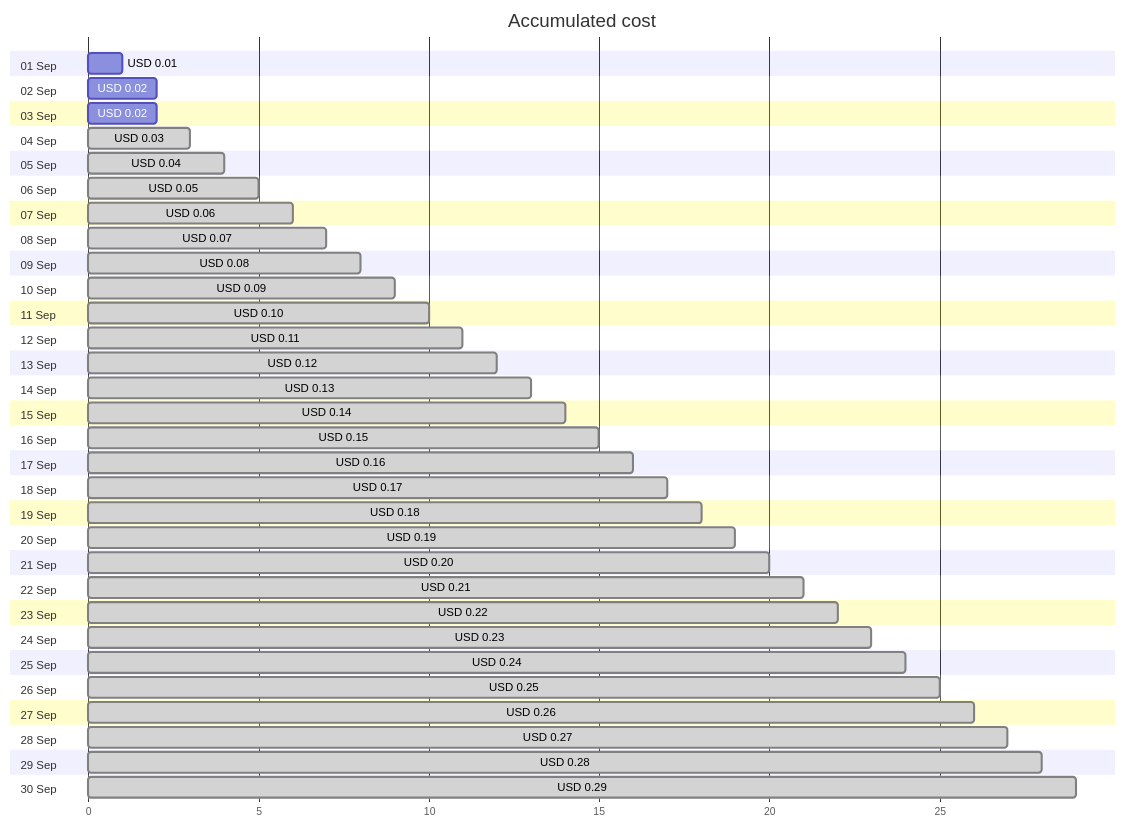
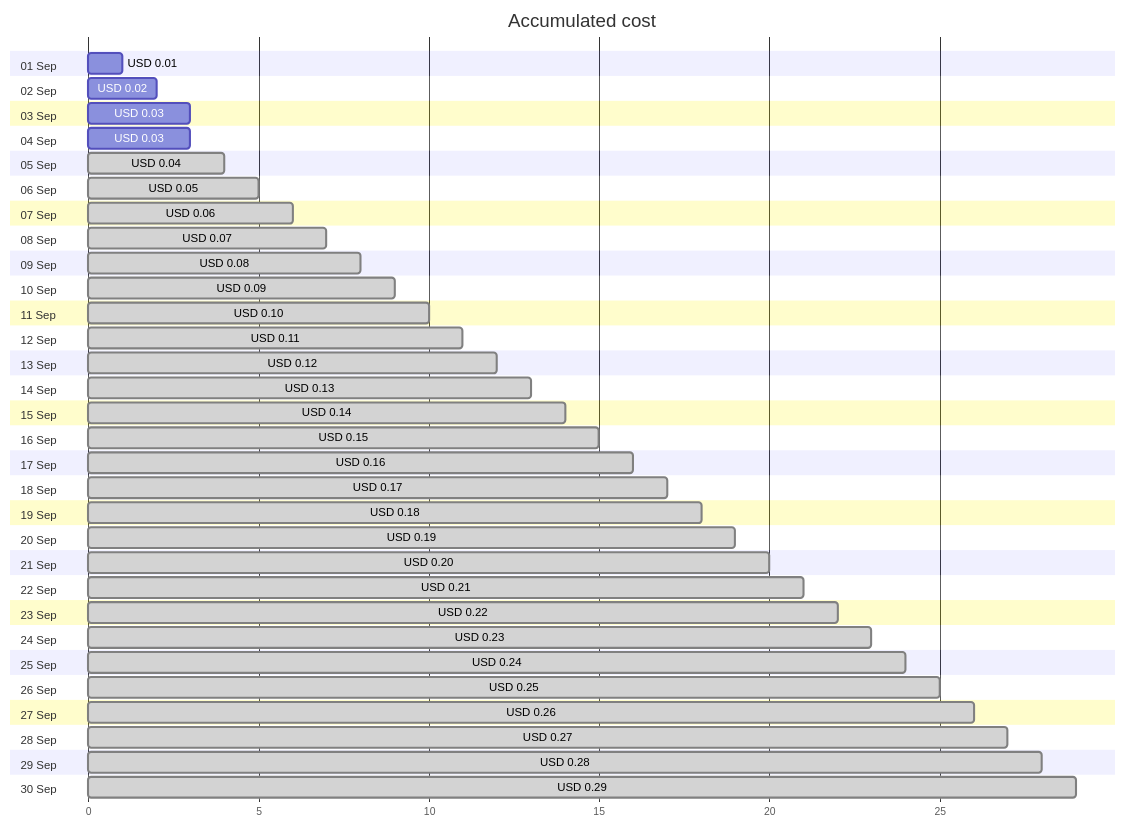
Before and after one commit to jpfulton/azure-personal-reports: the first of 4 diagrams in cost-reports/cloud-shell-storage-eastus/README.md, drawn with Mermaid. The commit also changed other lines of this file and 1 other file, not shown here.

````diff
--- a/cost-reports/cloud-shell-storage-eastus/README.md
+++ b/cost-reports/cloud-shell-storage-eastus/README.md
@@ -20,66 +20,66 @@
 ```mermaid
 gantt
    title Accumulated cost
    dateFormat  X
    axisFormat %s
    section 01 Sep
    USD 0.01 :0, 1
    section 02 Sep
    USD 0.02 :0, 2
    section 03 Sep
-   USD 0.02 :0, 2
+   USD 0.03 :0, 3
    section 04 Sep
-   USD 0.03 : done, 0, 3
+   USD 0.03 :0, 3
    section 05 Sep
    USD 0.04 : done, 0, 4
    section 06 Sep
    USD 0.05 : done, 0, 5
    section 07 Sep
    USD 0.06 : done, 0, 6
    section 08 Sep
    USD 0.07 : done, 0, 7
    section 09 Sep
    USD 0.08 : done, 0, 8
    section 10 Sep
    USD 0.09 : done, 0, 9
    section 11 Sep
    USD 0.10 : done, 0, 10
    section 12 Sep
    USD 0.11 : done, 0, 11
    section 13 Sep
    USD 0.12 : done, 0, 12
    section 14 Sep
    USD 0.13 : done, 0, 13
    section 15 Sep
    USD 0.14 : done, 0, 14
    section 16 Sep
    USD 0.15 : done, 0, 15
    section 17 Sep
    USD 0.16 : done, 0, 16
    section 18 Sep
    USD 0.17 : done, 0, 17
    section 19 Sep
    USD 0.18 : done, 0, 18
    section 20 Sep
    USD 0.19 : done, 0, 19
    section 21 Sep
    USD 0.20 : done, 0, 20
    section 22 Sep
    USD 0.21 : done, 0, 21
    section 23 Sep
    USD 0.22 : done, 0, 22
    section 24 Sep
    USD 0.23 : done, 0, 23
    section 25 Sep
    USD 0.24 : done, 0, 24
    section 26 Sep
    USD 0.25 : done, 0, 25
    section 27 Sep
    USD 0.26 : done, 0, 26
    section 28 Sep
    USD 0.27 : done, 0, 27
    section 29 Sep
    USD 0.28 : done, 0, 28
    section 30 Sep
    USD 0.29 : done, 0, 29
 ```
````
